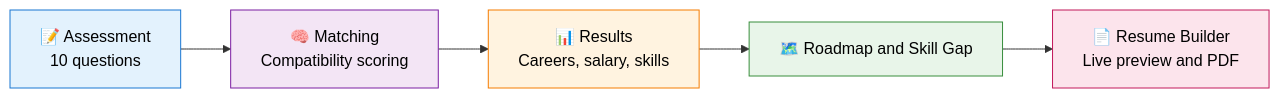
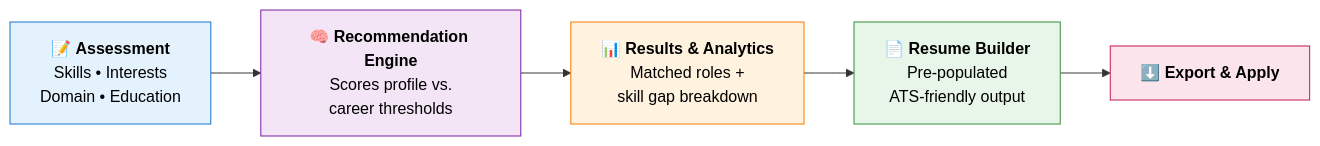
Before and after one commit to Bharath-B2411/futurepathx-career-recommender: the diagram in README.md, drawn with Mermaid. The commit also changed other lines of this file, not shown here.

````diff
--- a/README.md
+++ b/README.md
@@ -123,13 +125,13 @@
 ```mermaid
 flowchart LR
-    A["📝 Assessment<br/>10 questions"] --> B["🧠 Matching<br/>Compatibility scoring"]
-    B --> C["📊 Results<br/>Careers, salary, skills"]
-    C --> D["🗺️ Roadmap and Skill Gap"]
-    D --> E["📄 Resume Builder<br/>Live preview and PDF"]
+    A["📝 <b>Assessment</b><br/>Skills • Interests<br/>Domain • Education"] --> B["🧠 <b>Recommendation Engine</b><br/>Scores profile vs.<br/>career thresholds"]
+    B --> C["📊 <b>Results & Analytics</b><br/>Matched roles +<br/>skill gap breakdown"]
+    C --> D["📄 <b>Resume Builder</b><br/>Pre-populated<br/>ATS-friendly output"]
+    D --> E["⬇️ <b>Export & Apply</b>"]
 
     style A fill:#e3f2fd,stroke:#1976d2,color:#000
     style B fill:#f3e5f5,stroke:#7b1fa2,color:#000
     style C fill:#fff3e0,stroke:#f57c00,color:#000
     style D fill:#e8f5e9,stroke:#388e3c,color:#000
     style E fill:#fce4ec,stroke:#c2185b,color:#000
 ```
````
